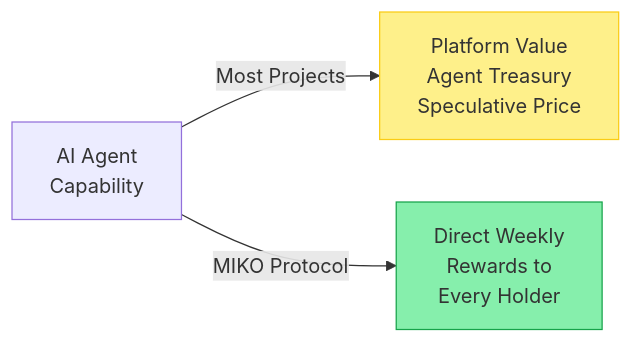
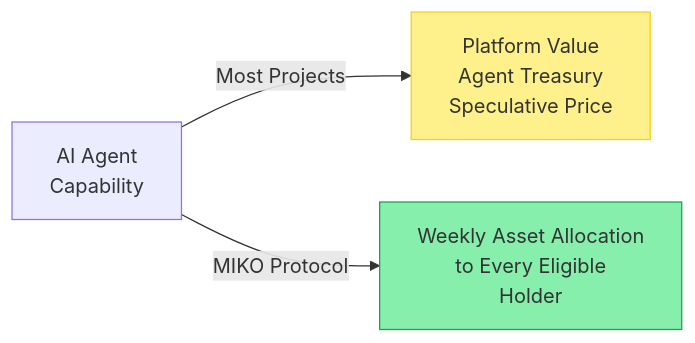
The diagram in docs/conclusion.md (Miko-Protocol/docs), drawn with Mermaid before and after one commit. The commit also changed other lines of this file and 17 other files, not shown here.

````diff
--- a/docs/conclusion.md
+++ b/docs/conclusion.md
@@ -30,7 +30,7 @@
 ```mermaid
 graph LR
     A["AI Agent<br/>Capability"] -->|"Most Projects"| B["Platform Value<br/>Agent Treasury<br/>Speculative Price"]
-    A -->|"MIKO Protocol"| C["Direct Weekly<br/>Rewards to<br/>Every Holder"]
+    A -->|"MIKO Protocol"| C["Weekly Asset Allocation<br/>to Every Eligible<br/>Holder"]
     style B fill:#fef08a,stroke:#facc15
     style C fill:#86efac,stroke:#16a34a
 ```
````
